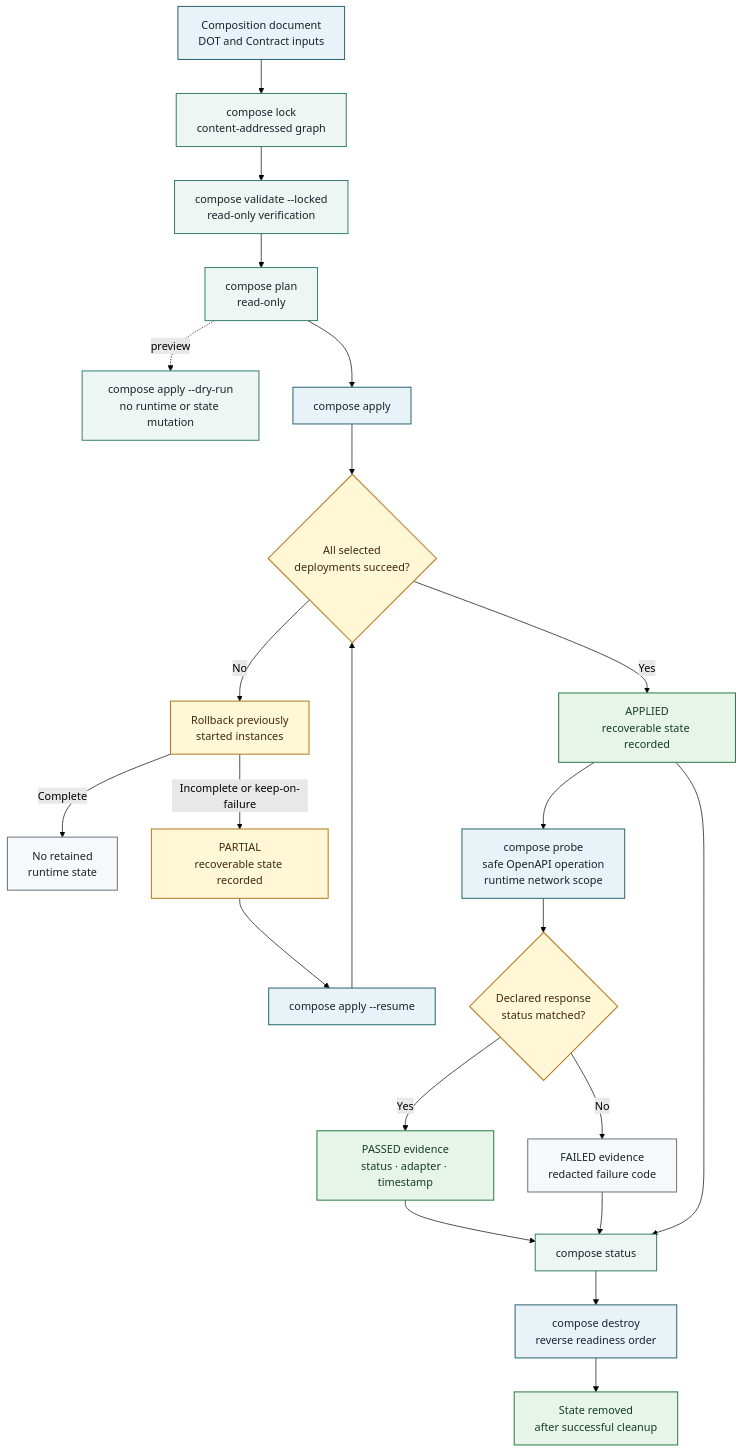
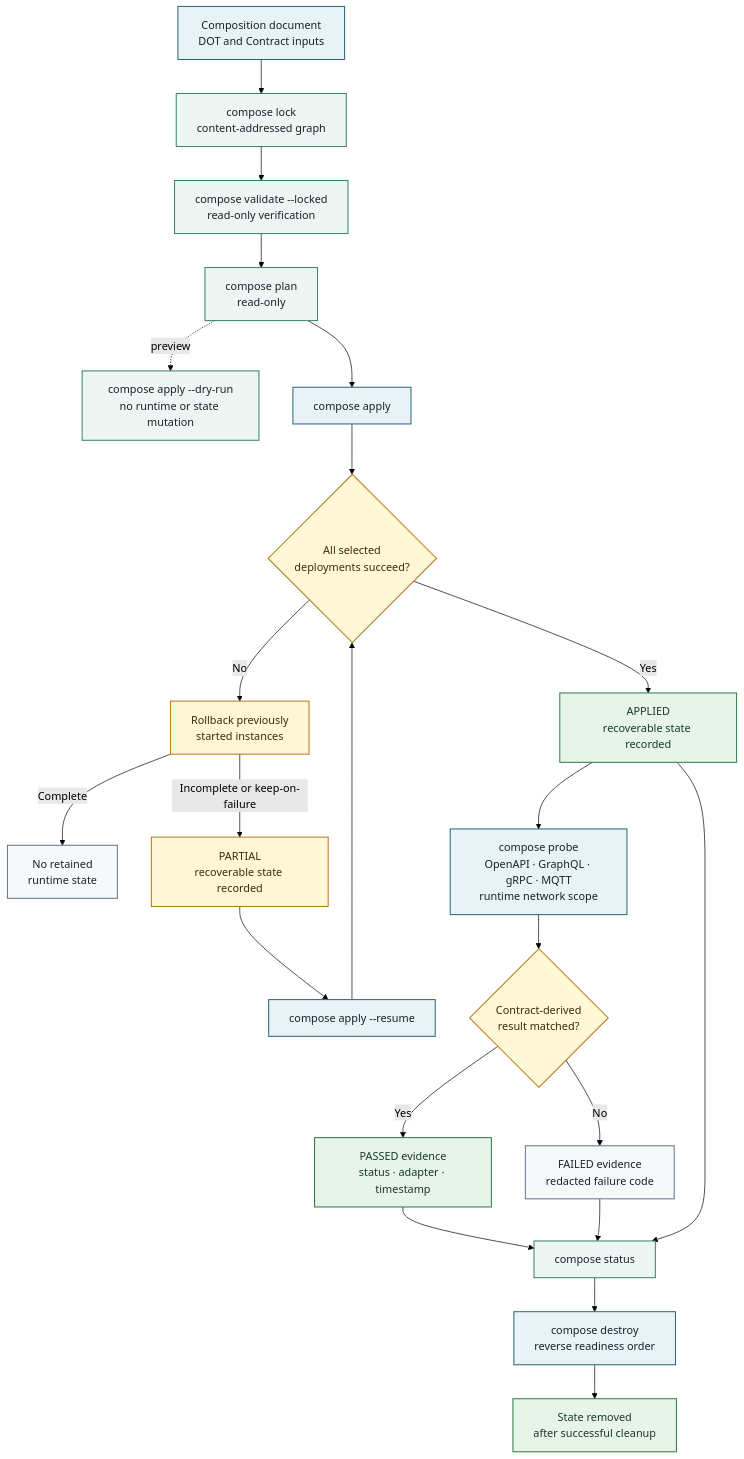
One commit to MARE-EU-Project/DOT-Docs changed the diagram in DOT-Design/0.2.1/dot-design/_attachments/diagrams/composition-lifecycle.mmd. Above: the diagram before and after it, drawn with Mermaid (forest theme). The commit also changed 8 other files, not shown here.

```diff
--- a/DOT-Design/0.2.1/dot-design/_attachments/diagrams/composition-lifecycle.mmd
+++ b/DOT-Design/0.2.1/dot-design/_attachments/diagrams/composition-lifecycle.mmd
@@ -1,40 +1,40 @@
 flowchart TD
   accTitle: Composition command and recovery lifecycle
   accDescr: Lock content-addresses the DOT-to-DOT graph, validate and plan verify it read-only, dry-run previews actions, apply records either an applied or recoverable state, safe contract probes record active evidence, and destroy removes state only after successful cleanup.
 
   Document["Composition document<br/>DOT and Contract inputs"] --> Lock["compose lock<br/>content-addressed graph"]
   Lock --> Validate["compose validate --locked<br/>read-only verification"]
   Validate --> Plan["compose plan<br/>read-only"]
   Plan -.->|preview| DryRun["compose apply --dry-run<br/>no runtime or state mutation"]
   Plan --> Apply["compose apply"]
   Apply --> Outcome{"All selected<br/>deployments succeed?"}
   Outcome -->|Yes| Applied["APPLIED<br/>recoverable state recorded"]
   Outcome -->|No| Rollback["Rollback previously<br/>started instances"]
   Rollback -->|Complete| Failed["No retained<br/>runtime state"]
   Rollback -->|Incomplete or keep-on-failure| Recoverable["PARTIAL<br/>recoverable state recorded"]
   Recoverable --> Resume["compose apply --resume"]
   Resume --> Outcome
-  Applied --> Probe["compose probe<br/>safe OpenAPI operation<br/>runtime network scope"]
-  Probe --> Evidence{"Declared response<br/>status matched?"}
+  Applied --> Probe["compose probe<br/>OpenAPI · GraphQL · gRPC · MQTT<br/>runtime network scope"]
+  Probe --> Evidence{"Contract-derived<br/>result matched?"}
   Evidence -->|Yes| Passed["PASSED evidence<br/>status · adapter · timestamp"]
   Evidence -->|No| ProbeFailed["FAILED evidence<br/>redacted failure code"]
   Passed --> Status["compose status"]
   ProbeFailed --> Status
   Applied --> Status
   Status --> Destroy["compose destroy<br/>reverse readiness order"]
   Destroy --> Removed["State removed<br/>after successful cleanup"]
 
   classDef source fill:#e8f2f7,stroke:#2b6777,color:#17232d,stroke-width:1.5px;
   classDef readonly fill:#eef6f3,stroke:#39826f,color:#17232d,stroke-width:1.5px;
   classDef mutation fill:#e8f2f7,stroke:#2b6777,color:#17232d,stroke-width:1.5px;
   classDef decision fill:#fff7d6,stroke:#b7791f,color:#3d2b0a,stroke-width:1.5px;
   classDef success fill:#e6f4ea,stroke:#2f7d45,color:#173c23,stroke-width:1.5px;
   classDef recovery fill:#fff7d6,stroke:#b7791f,color:#3d2b0a,stroke-width:1.5px;
   classDef terminal fill:#f6f8fa,stroke:#687887,color:#17232d,stroke-width:1.5px;
   class Document source;
   class Lock,Validate,Plan,DryRun,Status readonly;
   class Apply,Probe,Resume,Destroy mutation;
   class Outcome,Evidence decision;
   class Applied,Passed,Removed success;
   class Rollback,Recoverable recovery;
   class Failed,ProbeFailed terminal;
```
